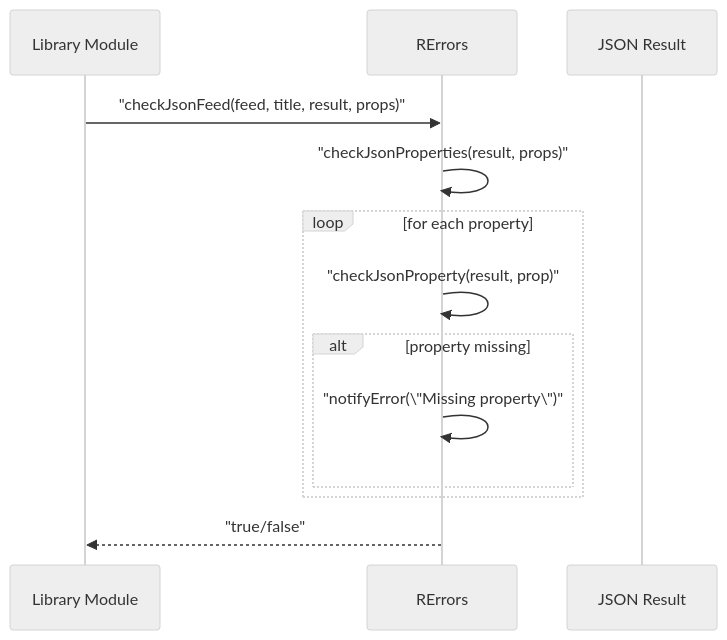
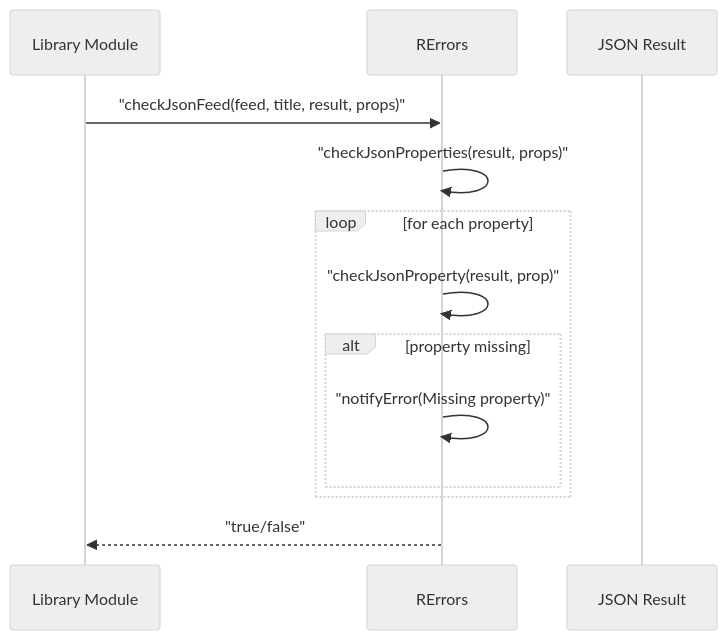
Before and after one commit to pauljrhodes/ramblers-library: the third of 3 diagrams in errors/HLD.md, drawn with Mermaid (neutral theme). The commit also changed other lines of this file and 32 other files, not shown here.

Commit message:
Fix Mermaid diagrams for GitHub rendering

````diff
--- a/errors/HLD.md
+++ b/errors/HLD.md
@@ -123,16 +123,16 @@
 ```mermaid
 sequenceDiagram
     participant Module as Library Module
     participant RErrors as RErrors
     participant Result as JSON Result
 
     Module->>RErrors: "checkJsonFeed(feed, title, result, props)"
     RErrors->>RErrors: "checkJsonProperties(result, props)"
     loop for each property
         RErrors->>RErrors: "checkJsonProperty(result, prop)"
         alt property missing
-            RErrors->>RErrors: "notifyError(\"Missing property\")"
+            RErrors->>RErrors: "notifyError(Missing property)"
         end
     end
     RErrors-->>Module: "true/false"
 ```
````
